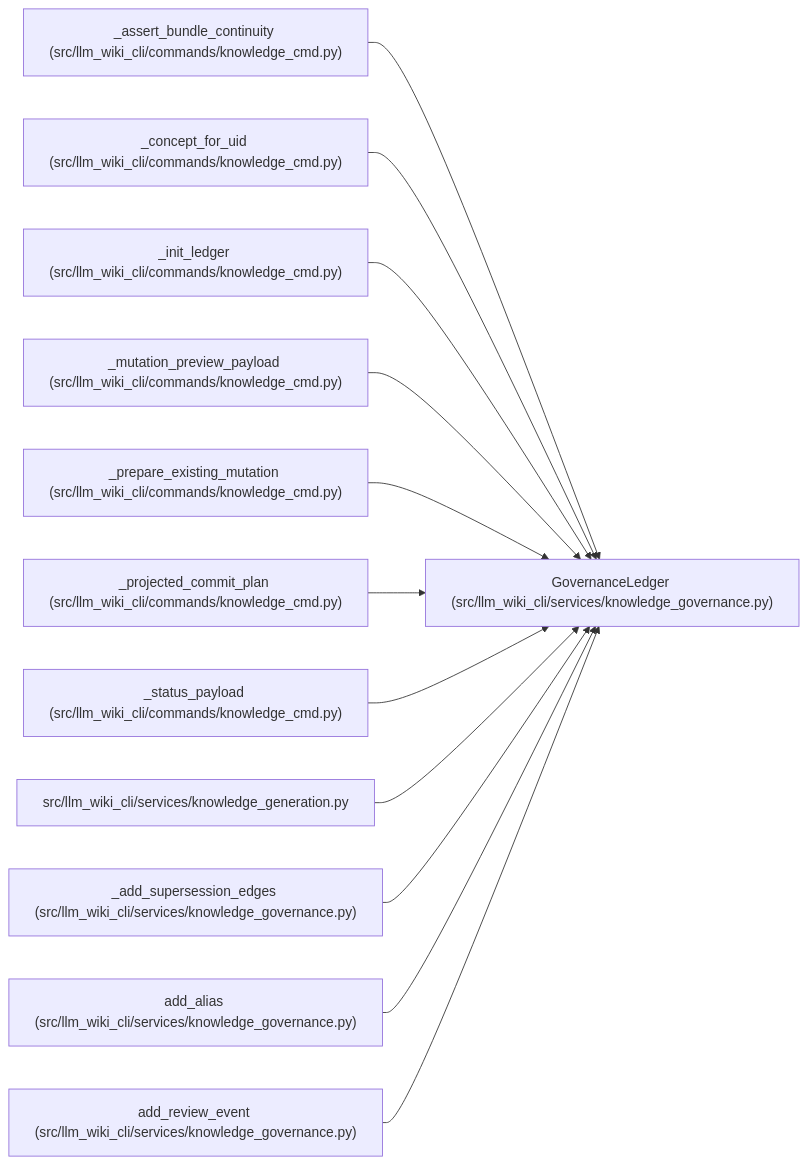
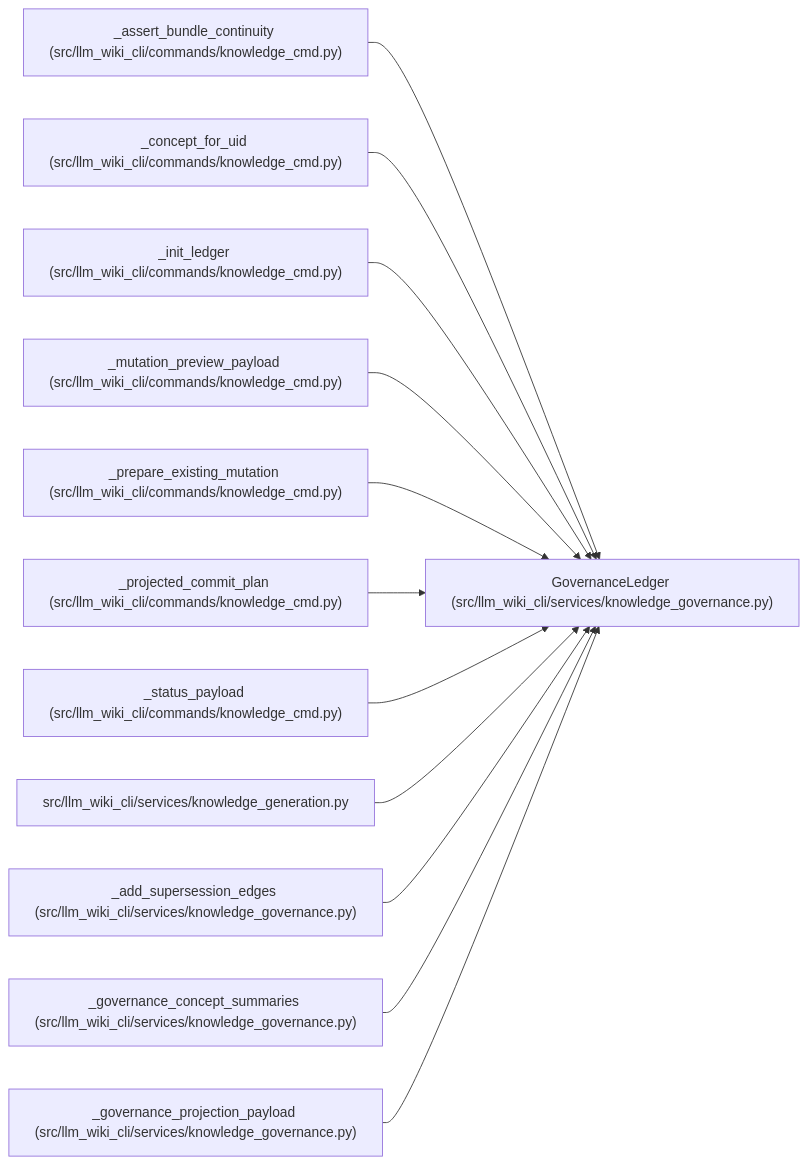
Before and after one commit to Denissvgn/python-wiki-llm: the diagram in docs/llm_wiki/entities/GovernanceLedger.md, drawn with Mermaid. The commit also changed other lines of this file and 363 other files, not shown here.

````diff
--- a/docs/llm_wiki/entities/GovernanceLedger.md
+++ b/docs/llm_wiki/entities/GovernanceLedger.md
@@ -38,38 +38,38 @@
 ```mermaid
 flowchart LR
     n0["GovernanceLedger (src/llm_wiki_cli/services/knowledge_governance.py)"]
     n1["_assert_bundle_continuity (src/llm_wiki_cli/commands/knowledge_cmd.py)"]
     n2["_concept_for_uid (src/llm_wiki_cli/commands/knowledge_cmd.py)"]
     n3["_init_ledger (src/llm_wiki_cli/commands/knowledge_cmd.py)"]
     n4["_mutation_preview_payload (src/llm_wiki_cli/commands/knowledge_cmd.py)"]
     n5["_prepare_existing_mutation (src/llm_wiki_cli/commands/knowledge_cmd.py)"]
     n6["_projected_commit_plan (src/llm_wiki_cli/commands/knowledge_cmd.py)"]
     n7["_status_payload (src/llm_wiki_cli/commands/knowledge_cmd.py)"]
     n8["src/llm_wiki_cli/services/knowledge_generation.py"]
     n9["_add_supersession_edges (src/llm_wiki_cli/services/knowledge_governance.py)"]
-    n10["add_alias (src/llm_wiki_cli/services/knowledge_governance.py)"]
-    n11["add_review_event (src/llm_wiki_cli/services/knowledge_governance.py)"]
+    n10["_governance_concept_summaries (src/llm_wiki_cli/services/knowledge_governance.py)"]
+    n11["_governance_projection_payload (src/llm_wiki_cli/services/knowledge_governance.py)"]
     n1 --> n0
     n2 --> n0
     n3 --> n0
     n4 --> n0
     n5 --> n0
     n6 --> n0
     n7 --> n0
     n8 --> n0
     n9 --> n0
     n10 --> n0
     n11 --> n0
     click n0 "../modules/knowledge_governance.md"
     click n1 "../modules/knowledge_cmd.md"
     click n2 "../modules/knowledge_cmd.md"
     click n3 "../modules/knowledge_cmd.md"
     click n4 "../modules/knowledge_cmd.md"
     click n5 "../modules/knowledge_cmd.md"
     click n6 "../modules/knowledge_cmd.md"
     click n7 "../modules/knowledge_cmd.md"
     click n8 "../modules/knowledge_generation.md"
     click n9 "../modules/knowledge_governance.md"
     click n10 "../modules/knowledge_governance.md"
     click n11 "../modules/knowledge_governance.md"
 ```
````
